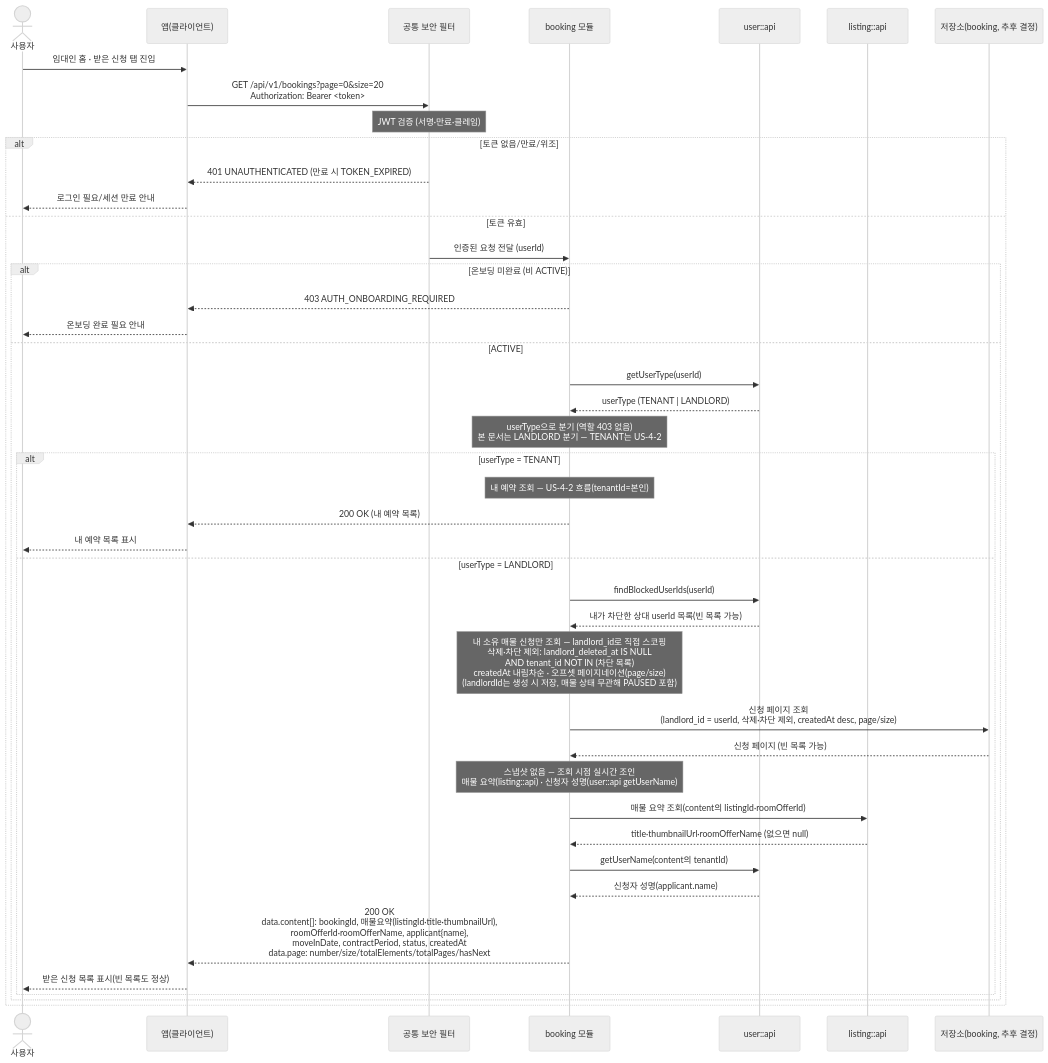
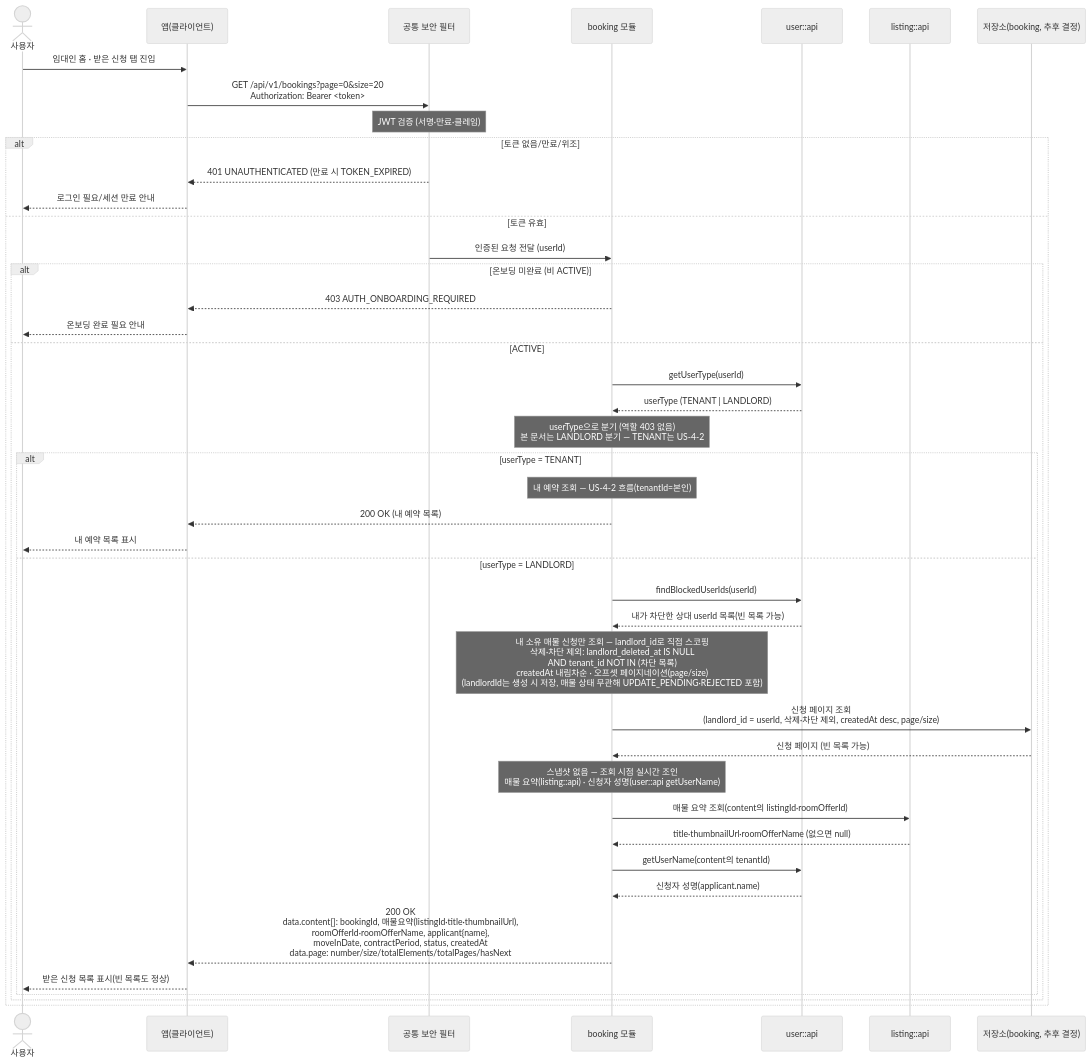
Before and after one commit to jameskim9509/Kohere-backend: the first of 2 diagrams in docs/architecture/sequence-diagrams/04-booking-inquiry-chat/us-4-6-landlord-booking-retrieve.md, drawn with Mermaid (neutral theme). The commit also changed other lines of this file and 67 other files, not shown here.

````diff
--- a/docs/architecture/sequence-diagrams/04-booking-inquiry-chat/us-4-6-landlord-booking-retrieve.md
+++ b/docs/architecture/sequence-diagrams/04-booking-inquiry-chat/us-4-6-landlord-booking-retrieve.md
@@ -11,49 +11,49 @@
 ```mermaid
 sequenceDiagram
     actor U as 사용자
     participant C as 앱(클라이언트)
     participant SEC as 공통 보안 필터
     participant BOOK as booking 모듈
     participant USER as user::api
     participant LIST as listing::api
     participant XDB as 저장소(booking, 추후 결정)
 
     U->>C: 임대인 홈 · 받은 신청 탭 진입
     C->>SEC: GET /api/v1/bookings?page=0&size=20<br/>Authorization: Bearer <token>
     Note over SEC: JWT 검증 (서명·만료·클레임)
 
     alt 토큰 없음/만료/위조
         SEC-->>C: 401 UNAUTHENTICATED (만료 시 TOKEN_EXPIRED)
         C-->>U: 로그인 필요/세션 만료 안내
     else 토큰 유효
         SEC->>BOOK: 인증된 요청 전달 (userId)
 
         alt 온보딩 미완료 (비 ACTIVE)
             BOOK-->>C: 403 AUTH_ONBOARDING_REQUIRED
             C-->>U: 온보딩 완료 필요 안내
         else ACTIVE
             BOOK->>USER: getUserType(userId)
             USER-->>BOOK: userType (TENANT | LANDLORD)
             Note over BOOK: userType으로 분기 (역할 403 없음)<br/>본 문서는 LANDLORD 분기 — TENANT는 US-4-2
 
             alt userType = TENANT
                 Note over BOOK: 내 예약 조회 — US-4-2 흐름(tenantId=본인)
                 BOOK-->>C: 200 OK (내 예약 목록)
                 C-->>U: 내 예약 목록 표시
             else userType = LANDLORD
                 BOOK->>USER: findBlockedUserIds(userId)
                 USER-->>BOOK: 내가 차단한 상대 userId 목록(빈 목록 가능)
-                Note over BOOK: 내 소유 매물 신청만 조회 — landlord_id로 직접 스코핑<br/>삭제·차단 제외: landlord_deleted_at IS NULL<br/>AND tenant_id NOT IN (차단 목록)<br/>createdAt 내림차순 · 오프셋 페이지네이션(page/size)<br/>(landlordId는 생성 시 저장, 매물 상태 무관해 PAUSED 포함)
+                Note over BOOK: 내 소유 매물 신청만 조회 — landlord_id로 직접 스코핑<br/>삭제·차단 제외: landlord_deleted_at IS NULL<br/>AND tenant_id NOT IN (차단 목록)<br/>createdAt 내림차순 · 오프셋 페이지네이션(page/size)<br/>(landlordId는 생성 시 저장, 매물 상태 무관해 UPDATE_PENDING·REJECTED 포함)
                 BOOK->>XDB: 신청 페이지 조회<br/>(landlord_id = userId, 삭제·차단 제외, createdAt desc, page/size)
                 XDB-->>BOOK: 신청 페이지 (빈 목록 가능)
                 Note over BOOK: 스냅샷 없음 — 조회 시점 실시간 조인<br/>매물 요약(listing::api) · 신청자 성명(user::api getUserName)
                 BOOK->>LIST: 매물 요약 조회(content의 listingId·roomOfferId)
                 LIST-->>BOOK: title·thumbnailUrl·roomOfferName (없으면 null)
                 BOOK->>USER: getUserName(content의 tenantId)
                 USER-->>BOOK: 신청자 성명(applicant.name)
                 BOOK-->>C: 200 OK<br/>data.content[]: bookingId, 매물요약(listingId·title·thumbnailUrl),<br/>roomOfferId·roomOfferName, applicant{name},<br/>moveInDate, contractPeriod, status, createdAt<br/>data.page: number/size/totalElements/totalPages/hasNext
                 C-->>U: 받은 신청 목록 표시(빈 목록도 정상)
             end
         end
     end
 ```
````
